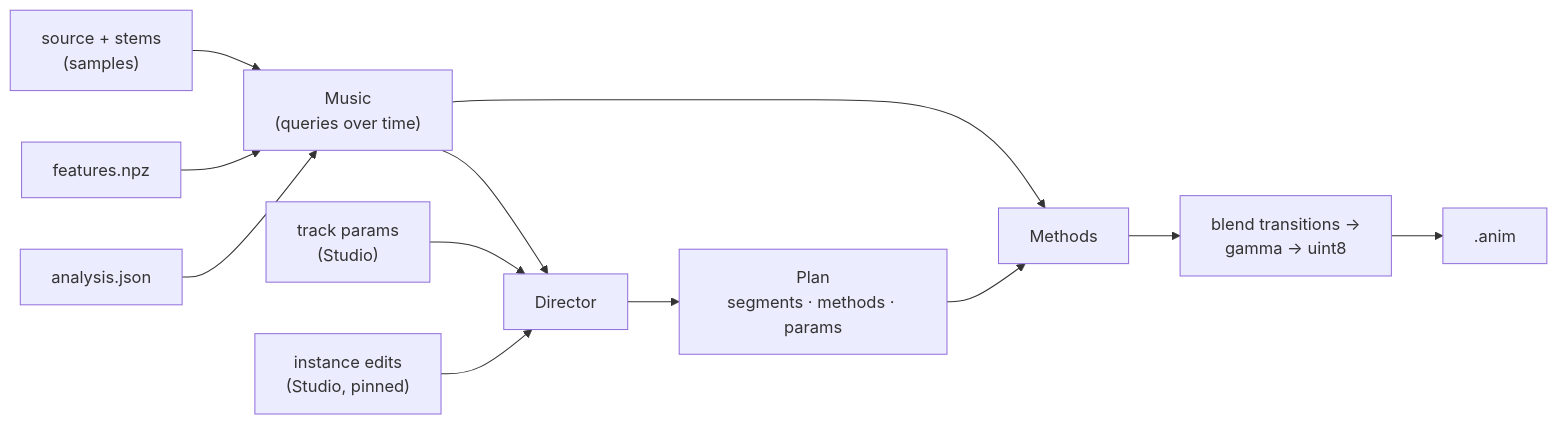
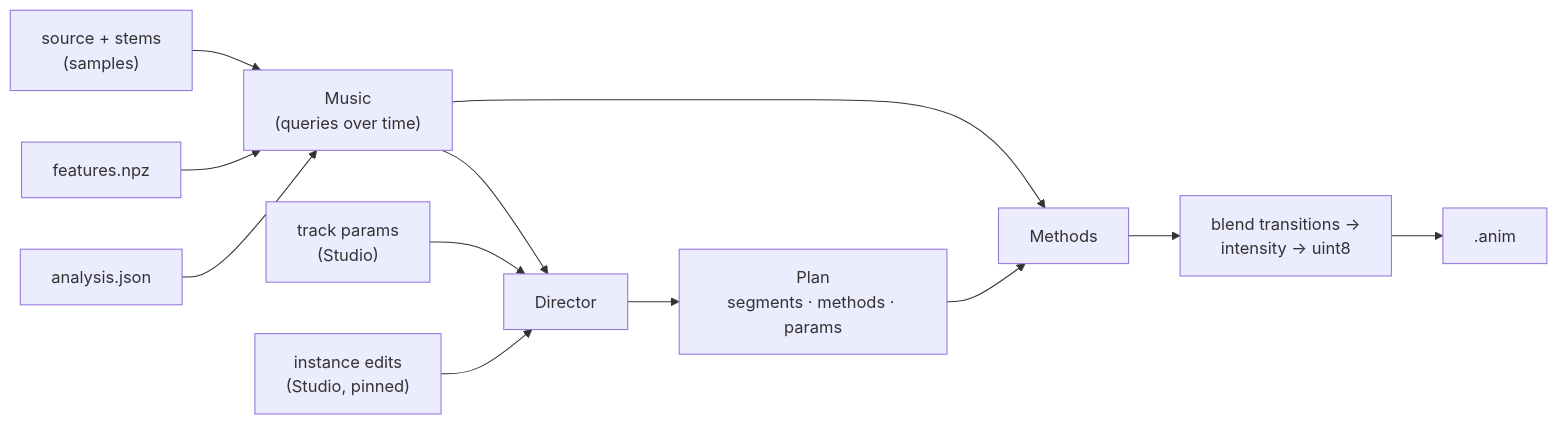
One commit to tylerclindsay/volu_disp changed the diagram in docs/generators.md. Above: the diagram before and after it, drawn with Mermaid. The commit also changed other lines of this file and 10 other files, not shown here.

````diff
--- a/docs/generators.md
+++ b/docs/generators.md
@@ -29,25 +29,25 @@
 ```mermaid
 flowchart LR
     AJ["analysis.json"]
     FT["features.npz"]
     AU["source + stems<br/>(samples)"]
     M["Music<br/>(queries over time)"]
     DP["track params<br/>(Studio)"]
     OV["instance edits<br/>(Studio, pinned)"]
     DIR["Director"]
     PLAN["Plan<br/>segments · methods · params"]
     METH["Methods"]
-    OUT["blend transitions →<br/>gamma → uint8"]
+    OUT["blend transitions →<br/>intensity → uint8"]
     ANIM[".anim"]
 
     AJ --> M
     FT --> M
     AU --> M
     M --> DIR
     DP --> DIR
     OV --> DIR
     DIR --> PLAN
     PLAN --> METH
     M --> METH
     METH --> OUT --> ANIM
 ```
````
